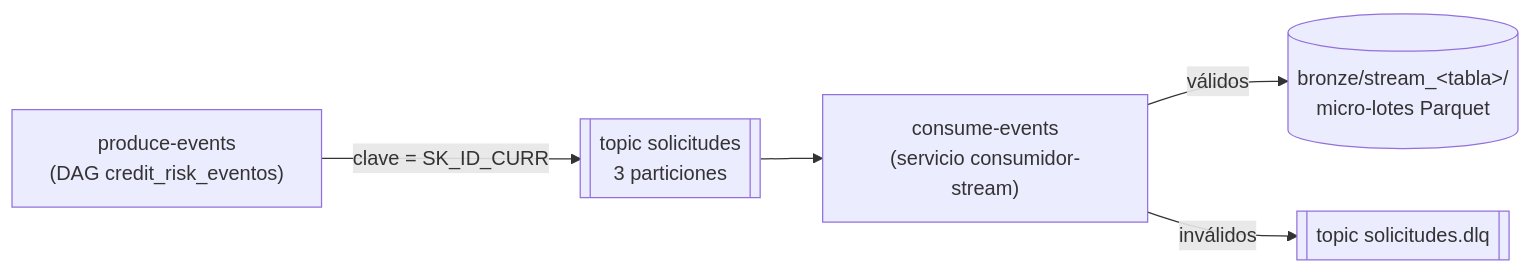
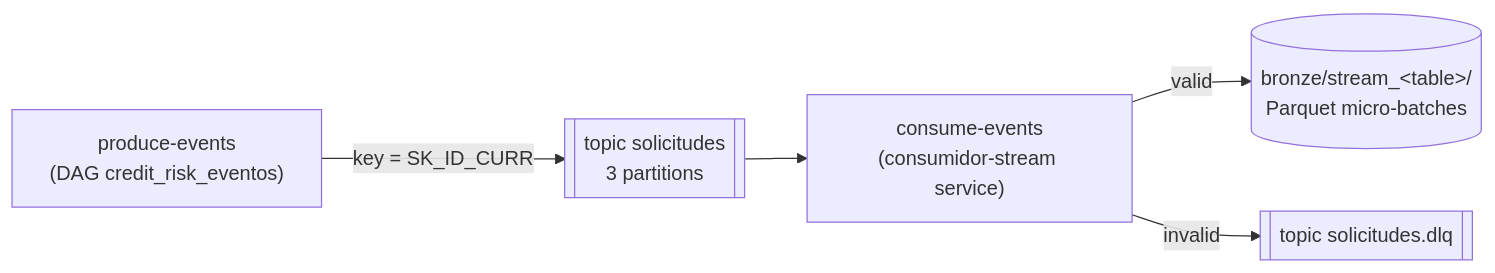
Before and after one commit to att-22/credit-risk-data-platform: the fourth of 5 diagrams in README.md, drawn with Mermaid. The commit also changed other lines of this file and 1 other file, not shown here.

````diff
--- a/README.md
+++ b/README.md
@@ -196,7 +202,7 @@
 ```mermaid
 flowchart LR
-    p["produce-events<br/>(DAG credit_risk_eventos)"] -- "clave = SK_ID_CURR" --> t[["topic solicitudes<br/>3 particiones"]]
-    t --> c["consume-events<br/>(servicio consumidor-stream)"]
-    c -- válidos --> b[("bronze/stream_&lt;tabla&gt;/<br/>micro-lotes Parquet")]
-    c -- inválidos --> dlq[["topic solicitudes.dlq"]]
+    p["produce-events<br/>(DAG credit_risk_eventos)"] -- "key = SK_ID_CURR" --> t[["topic solicitudes<br/>3 partitions"]]
+    t --> c["consume-events<br/>(consumidor-stream service)"]
+    c -- valid --> b[("bronze/stream_&lt;table&gt;/<br/>Parquet micro-batches")]
+    c -- invalid --> dlq[["topic solicitudes.dlq"]]
 ```
````
